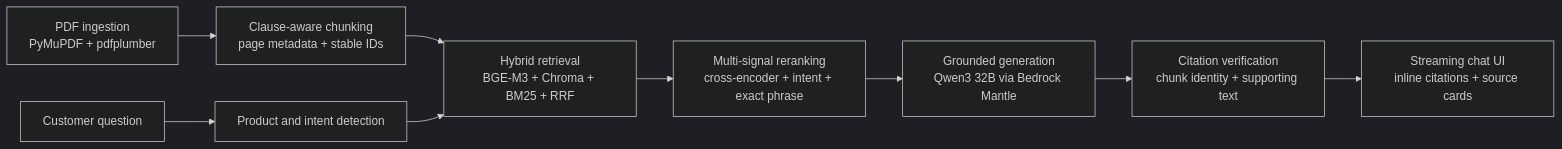
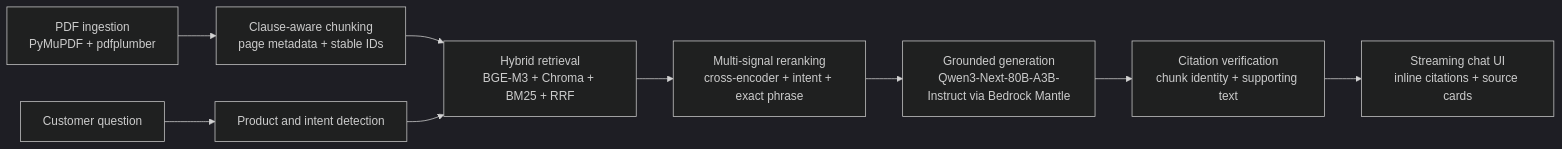
One commit to irishz12/Benefit-Explorer changed the diagram in README.md. Above: the diagram before and after it, drawn with Mermaid (dark theme). The commit also changed other lines of this file, not shown here.

````diff
--- a/README.md
+++ b/README.md
@@ -75,11 +75,11 @@
 ```mermaid
 flowchart LR
     A["PDF ingestion<br/>PyMuPDF + pdfplumber"] --> B["Clause-aware chunking<br/>page metadata + stable IDs"]
     B --> C["Hybrid retrieval<br/>BGE-M3 + Chroma + BM25 + RRF"]
     Q["Customer question"] --> D["Product and intent detection"]
     D --> C
     C --> E["Multi-signal reranking<br/>cross-encoder + intent + exact phrase"]
-    E --> F["Grounded generation<br/>Qwen3 32B via Bedrock Mantle"]
+    E --> F["Grounded generation<br/>Qwen3-Next-80B-A3B-Instruct via Bedrock Mantle"]
     F --> G["Citation verification<br/>chunk identity + supporting text"]
     G --> H["Streaming chat UI<br/>inline citations + source cards"]
 ```
````
